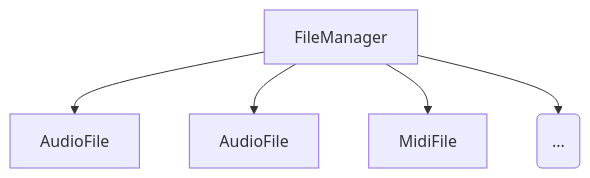
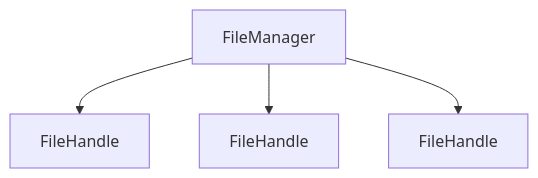
The fourth of 18 diagrams in docs/DESIGN_DOC.md (aidan-clyens/miniaudioengine), drawn with Mermaid before and after one commit. The commit also changed other lines of this file, not shown here.

````diff
--- a/docs/DESIGN_DOC.md
+++ b/docs/DESIGN_DOC.md
@@ -178,10 +177,9 @@
 ```mermaid
 graph TD
 
     FileManager
 
-    FileManager --> D1["AudioFile"]
-    FileManager --> D2["AudioFile"]
-    FileManager --> D3["MidiFile"]
-    FileManager --> D4("...")
+    FileManager --> D1["FileHandle"]
+    FileManager --> D2["FileHandle"]
+    FileManager --> D3["FileHandle"]
 ```
````
